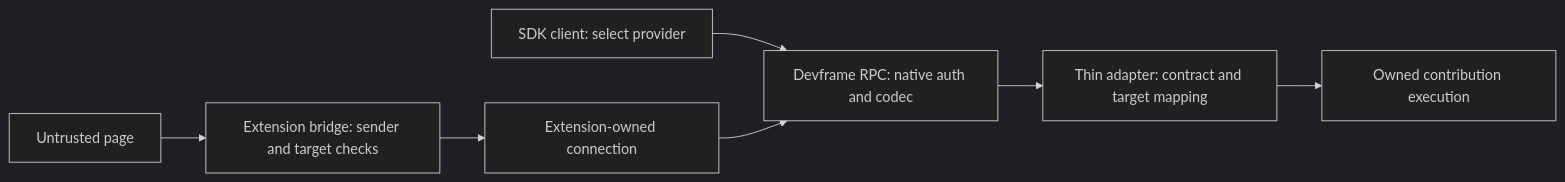
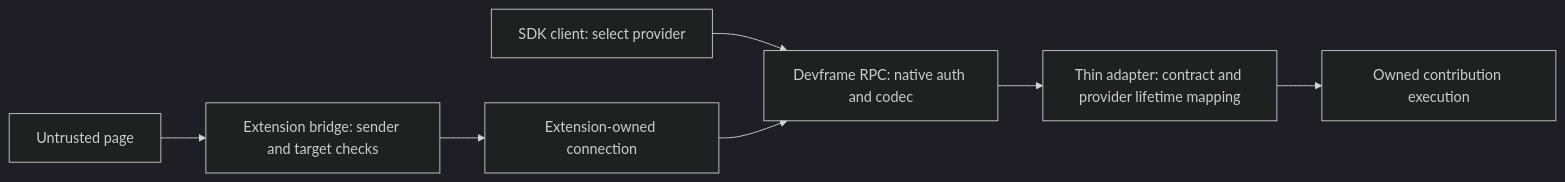
The diagram in docs/planning/009-remote-boundary.md (dvcol/devkit-extension), drawn with Mermaid (dark theme) before and after one commit. The commit also changed other lines of this file and 55 other files, not shown here.

````diff
--- a/docs/planning/009-remote-boundary.md
+++ b/docs/planning/009-remote-boundary.md
@@ -9,9 +9,9 @@
 ```mermaid
 flowchart LR
   Client["SDK client: select provider"] --> Native["Devframe RPC: native auth and codec"]
-  Native --> Adapter["Thin adapter: contract and target mapping"]
+  Native --> Adapter["Thin adapter: contract and provider lifetime mapping"]
   Adapter --> Provider["Owned contribution execution"]
   Page["Untrusted page"] --> Bridge["Extension bridge: sender and target checks"]
   Bridge --> Connection["Extension-owned connection"]
   Connection --> Native
 ```
````
